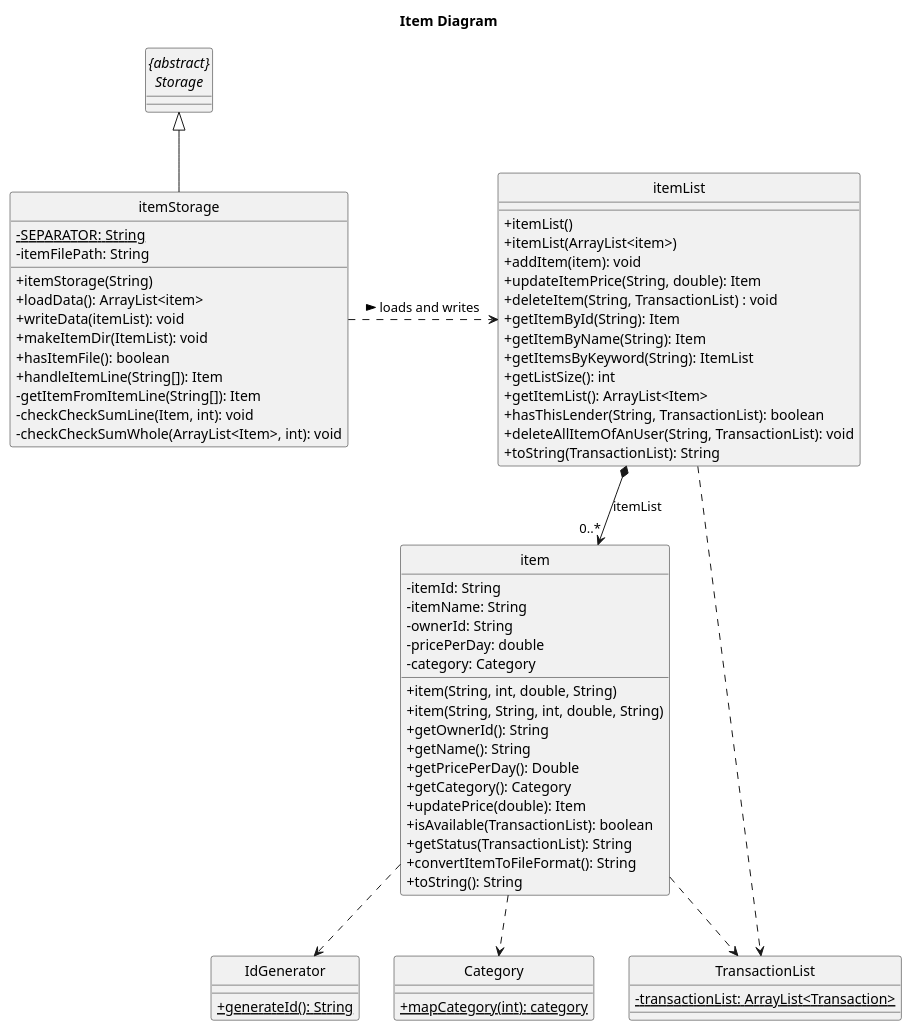
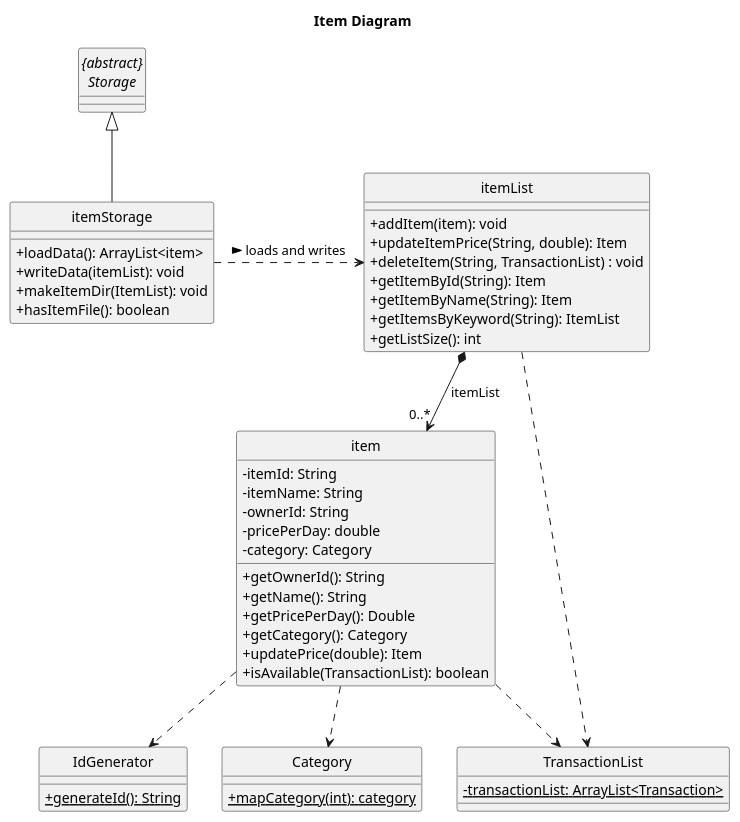
Before and after one commit to nus-cs2113-AY2223S1/tp: the diagram in docs/diagrams/item/ItemClass.puml, drawn with PlantUML. The commit also changed 10 other files, not shown here.

Commit message:
modified Sequence digram and deleted useless methods

```diff
--- a/docs/diagrams/item/ItemClass.puml
+++ b/docs/diagrams/item/ItemClass.puml
@@ -1,81 +1,64 @@
 @startuml
 title Item Diagram
 
 skinparam classAttributeIconSize 0
 hide footbox
 hide circle
 
 class item {
     - itemId: String
     - itemName: String
     - ownerId: String
     - pricePerDay: double
     - category: Category
 
-    + item(String, int, double, String)
-    + item(String, String, int, double, String)
     + getOwnerId(): String
     + getName(): String
     + getPricePerDay(): Double
     + getCategory(): Category
     + updatePrice(double): Item
     + isAvailable(TransactionList): boolean
-    + getStatus(TransactionList): String
-    + convertItemToFileFormat(): String
-    + toString(): String
+
 }
 
 class itemList {
-    + itemList()
-    + itemList(ArrayList<item>)
     + addItem(item): void
     + updateItemPrice(String, double): Item
     + deleteItem(String, TransactionList) : void
     + getItemById(String): Item
     + getItemByName(String): Item
     + getItemsByKeyword(String): ItemList
     + getListSize(): int
-    + getItemList(): ArrayList<Item>
-    + hasThisLender(String, TransactionList): boolean
-    + deleteAllItemOfAnUser(String, TransactionList): void
-    + toString(TransactionList): String
 }
 
 class itemStorage {
-    {static} - SEPARATOR: String
-    - itemFilePath: String
-    + itemStorage(String)
     + loadData(): ArrayList<item>
     + writeData(itemList): void
     + makeItemDir(ItemList): void
     + hasItemFile(): boolean
-    + handleItemLine(String[]): Item
-    - getItemFromItemLine(String[]): Item
-    - checkCheckSumLine(Item, int): void
-    - checkCheckSumWhole(ArrayList<Item>, int): void
 }
 
 class IdGenerator {
     {static} + generateId(): String
 }
 
 abstract class "{abstract}\nStorage" {
 }
 
 class Category {
     {static} + mapCategory(int): category
 }
 
 class TransactionList {
     {static} -transactionList: ArrayList<Transaction>
 }
 
 itemStorage .> itemList : > loads and writes
 itemList *--> "0..*" item: itemList
 item ..> IdGenerator
 item ..> TransactionList
 itemList ..> TransactionList
 item ..> Category
 "{abstract}\nStorage" <|-- itemStorage
 
 @enduml
```
